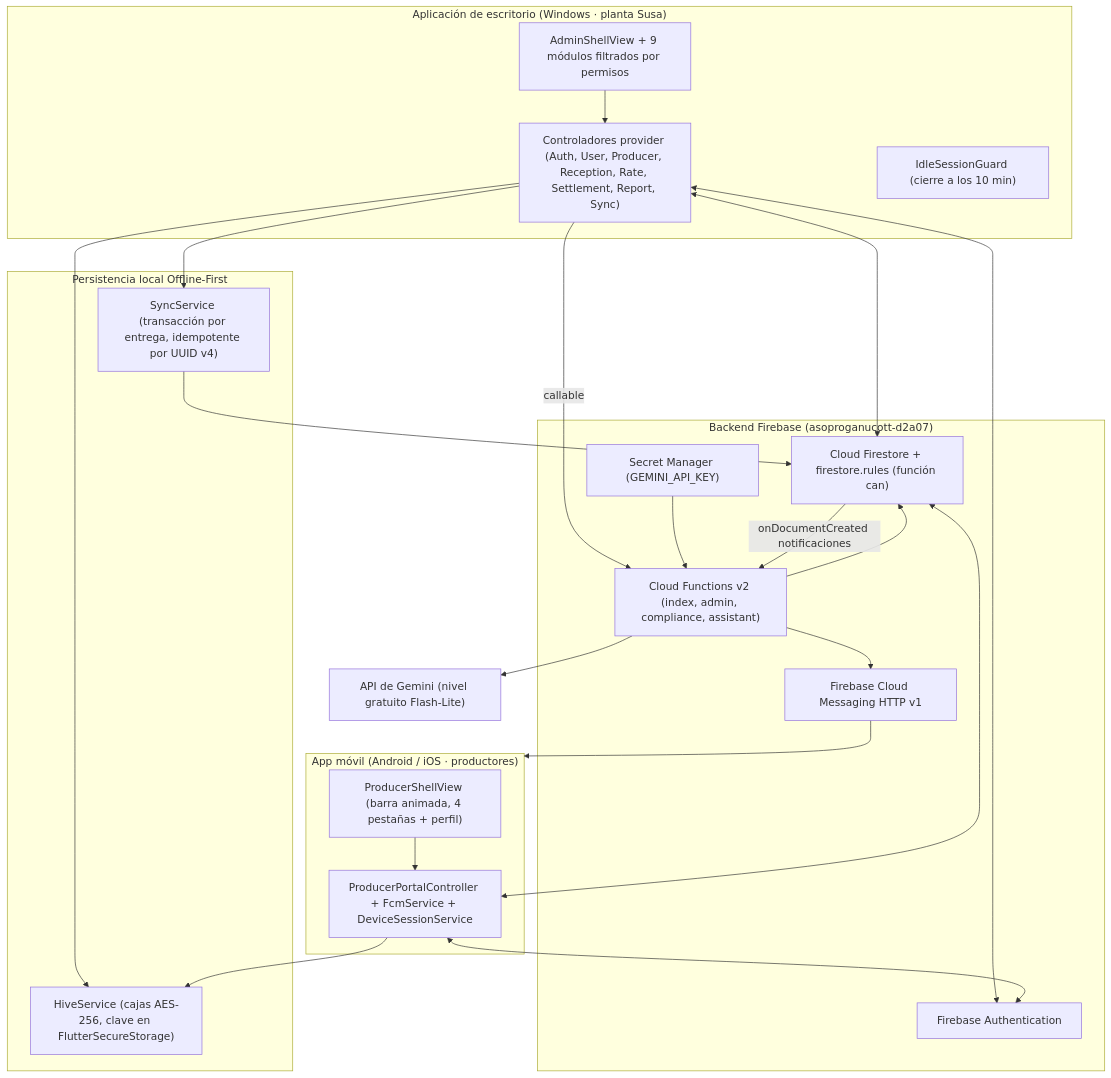
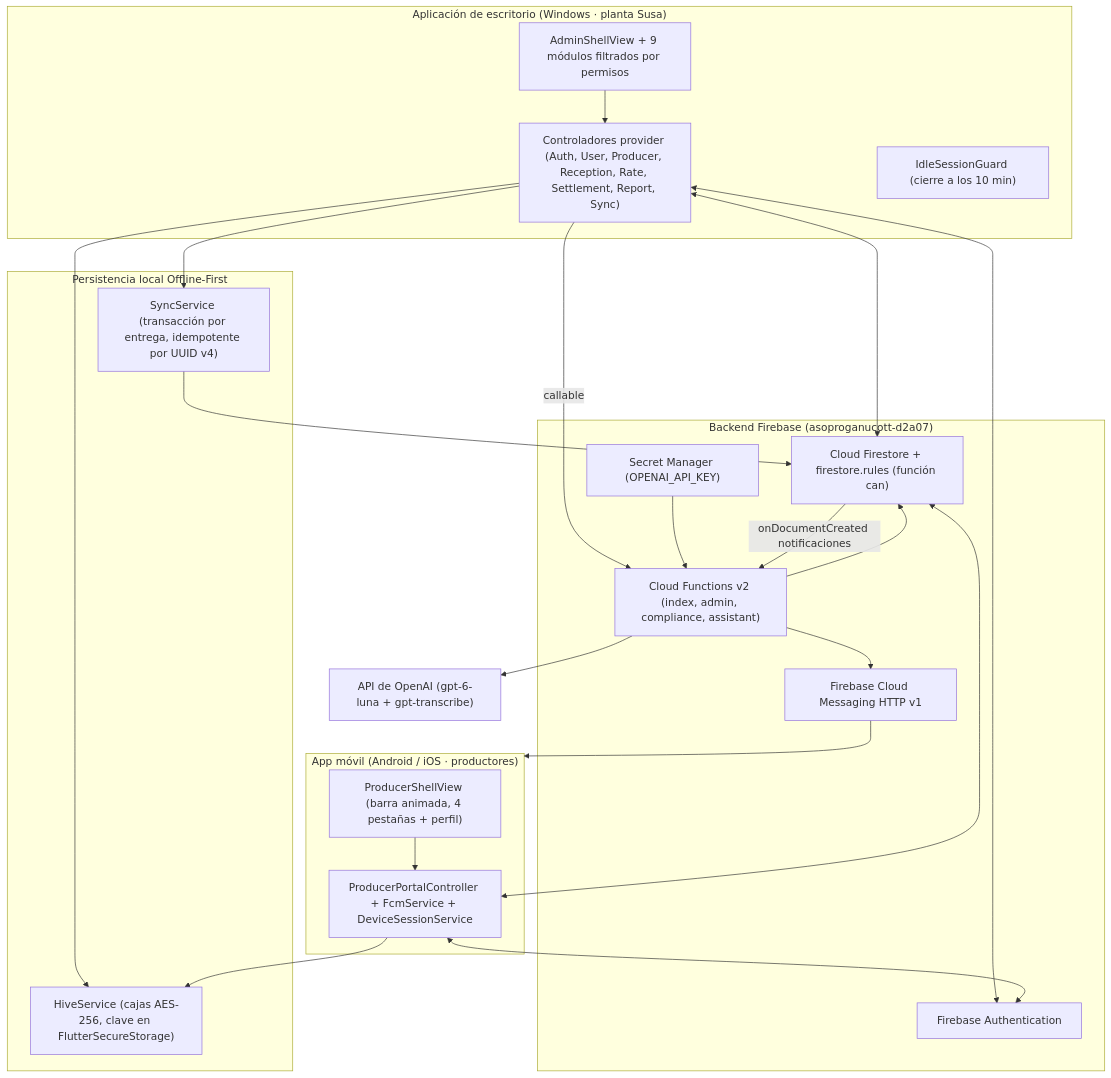
One commit to julian20murcia/PGC_ASOPROGANUCOT changed the diagram in docs/MANUAL_TECNICO.md. Above: the diagram before and after it, drawn with Mermaid. The commit also changed other lines of this file and 26 other files, not shown here.

````diff
--- a/docs/MANUAL_TECNICO.md
+++ b/docs/MANUAL_TECNICO.md
@@ -11,40 +11,40 @@
 ```mermaid
 flowchart TB
   subgraph DESKTOP["Aplicación de escritorio (Windows · planta Susa)"]
     DVIEW["AdminShellView + 9 módulos filtrados por permisos"]
     DCTRL["Controladores provider (Auth, User, Producer, Reception, Rate, Settlement, Report, Sync)"]
     IDLE["IdleSessionGuard (cierre a los 10 min)"]
   end
 
   subgraph MOBILE["App móvil (Android / iOS · productores)"]
     MVIEW["ProducerShellView (barra animada, 4 pestañas + perfil)"]
     MCTRL["ProducerPortalController + FcmService + DeviceSessionService"]
   end
 
   subgraph LOCAL["Persistencia local Offline-First"]
     HIVE["HiveService (cajas AES-256, clave en FlutterSecureStorage)"]
     SYNC["SyncService (transacción por entrega, idempotente por UUID v4)"]
   end
 
   subgraph CLOUD["Backend Firebase (asoproganucott-d2a07)"]
     AUTH["Firebase Authentication"]
     FS["Cloud Firestore + firestore.rules (función can)"]
     CF["Cloud Functions v2 (index, admin, compliance, assistant)"]
     FCM["Firebase Cloud Messaging HTTP v1"]
-    SM["Secret Manager (GEMINI_API_KEY)"]
+    SM["Secret Manager (OPENAI_API_KEY)"]
   end
 
-  GEM["API de Gemini (nivel gratuito Flash-Lite)"]
+  GEM["API de OpenAI (gpt-6-luna + gpt-transcribe)"]
 
   DVIEW --> DCTRL --> SYNC --> FS
   DCTRL --> HIVE
   MVIEW --> MCTRL --> HIVE
   DCTRL <--> AUTH
   MCTRL <--> AUTH
   DCTRL <--> FS
   MCTRL <--> FS
   DCTRL -->|callable| CF
   CF --> FS
   SM --> CF --> GEM
   FS -->|onDocumentCreated notificaciones| CF --> FCM --> MOBILE
 ```
````
